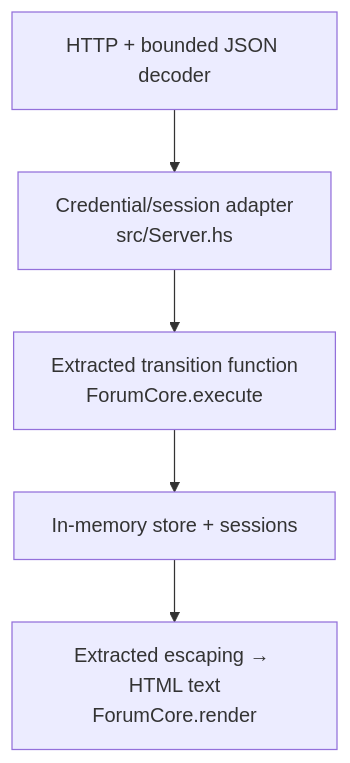
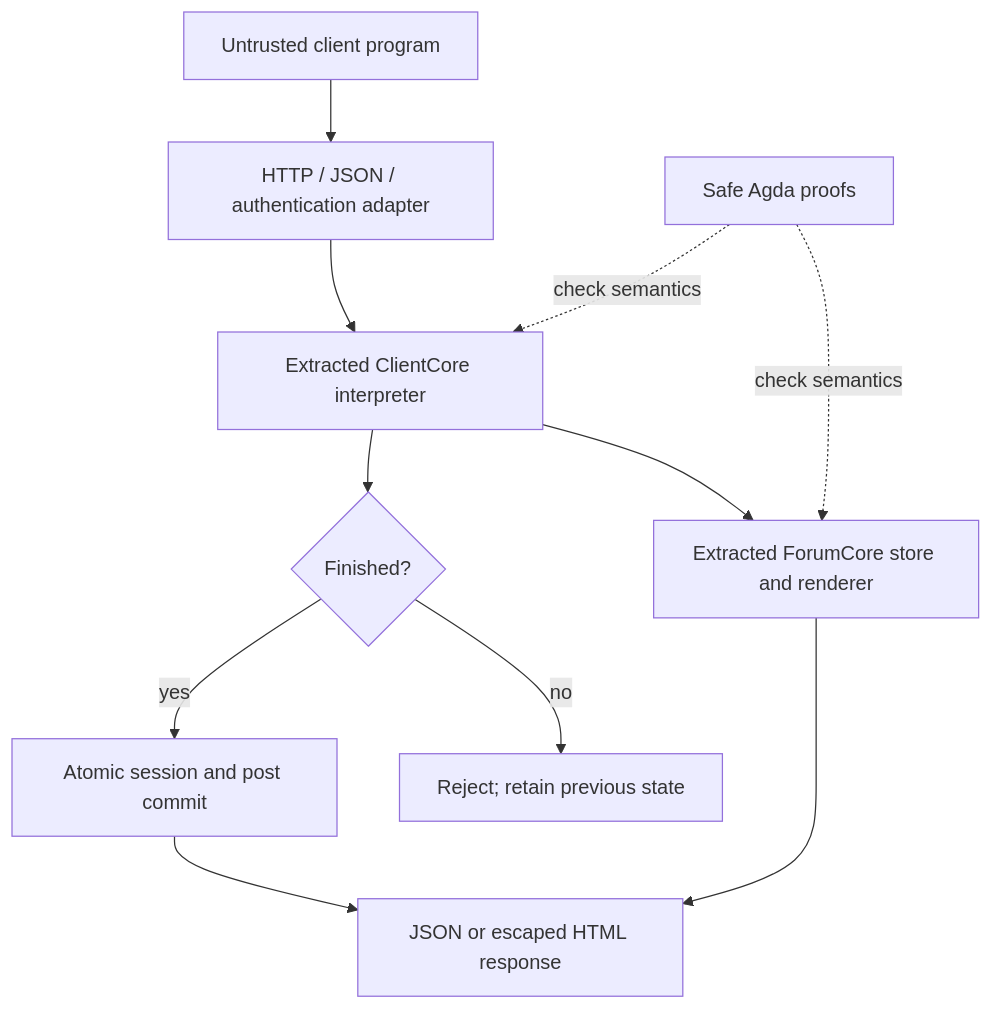
One commit to verified-software/verified-web-app changed the diagram in architecture.md. Above: the diagram before and after it, drawn with Mermaid. The commit also changed other lines of this file and 38 other files, not shown here.

Commit message:
Add extracted capability interpreter, authorization and noninterference proofs

````diff
--- a/architecture.md
+++ b/architecture.md
@@ -3,7 +3,13 @@
 ```mermaid
 flowchart TD
-  H["HTTP + bounded JSON decoder"] --> A["Credential/session adapter\nsrc/Server.hs"]
-  A --> C["Extracted transition function\nForumCore.execute"]
-  C --> S["In-memory store + sessions"]
-  S --> R["Extracted escaping → HTML text\nForumCore.render"]
+  C["Untrusted client program"] --> A["HTTP / JSON / authentication adapter"]
+  A --> V["Extracted ClientCore interpreter"]
+  V --> F["Extracted ForumCore store and renderer"]
+  V --> R{"Finished?"}
+  R -->|yes| S["Atomic session and post commit"]
+  R -->|no| X["Reject; retain previous state"]
+  P["Safe Agda proofs"] -. "check semantics" .-> V
+  P -. "check semantics" .-> F
+  S --> O["JSON or escaped HTML response"]
+  F --> O
 ```
````
